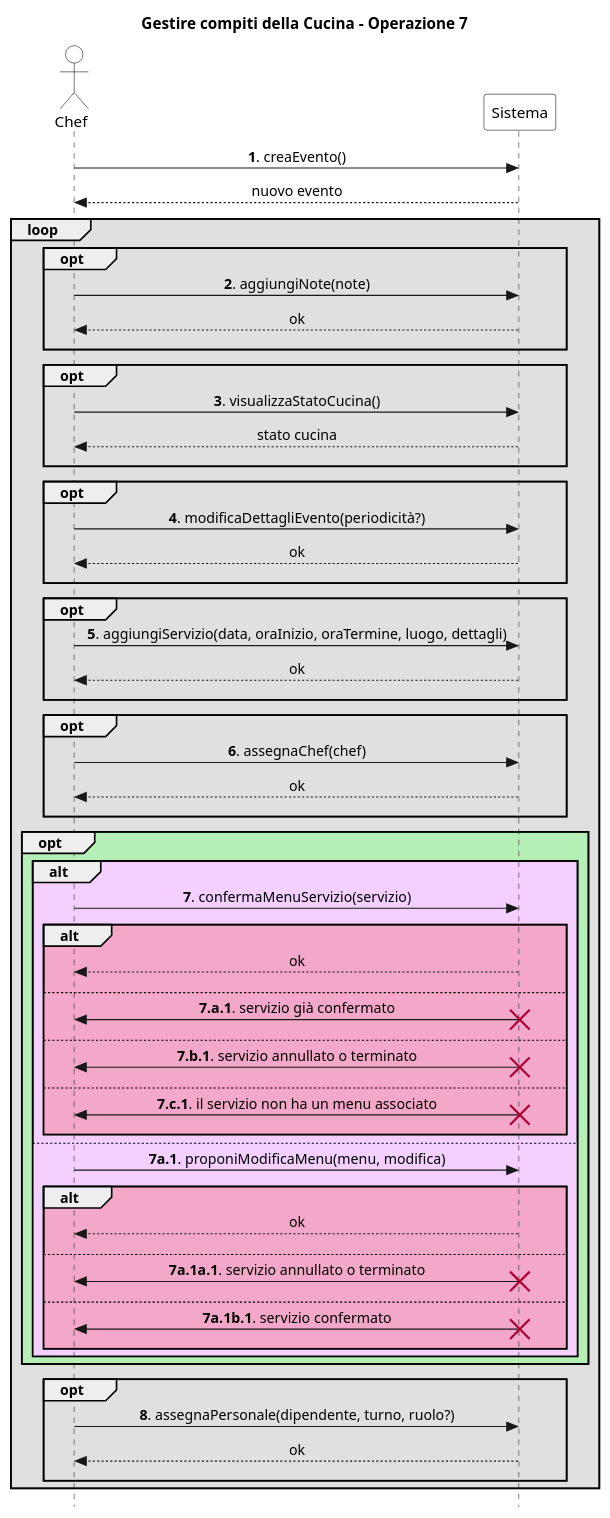
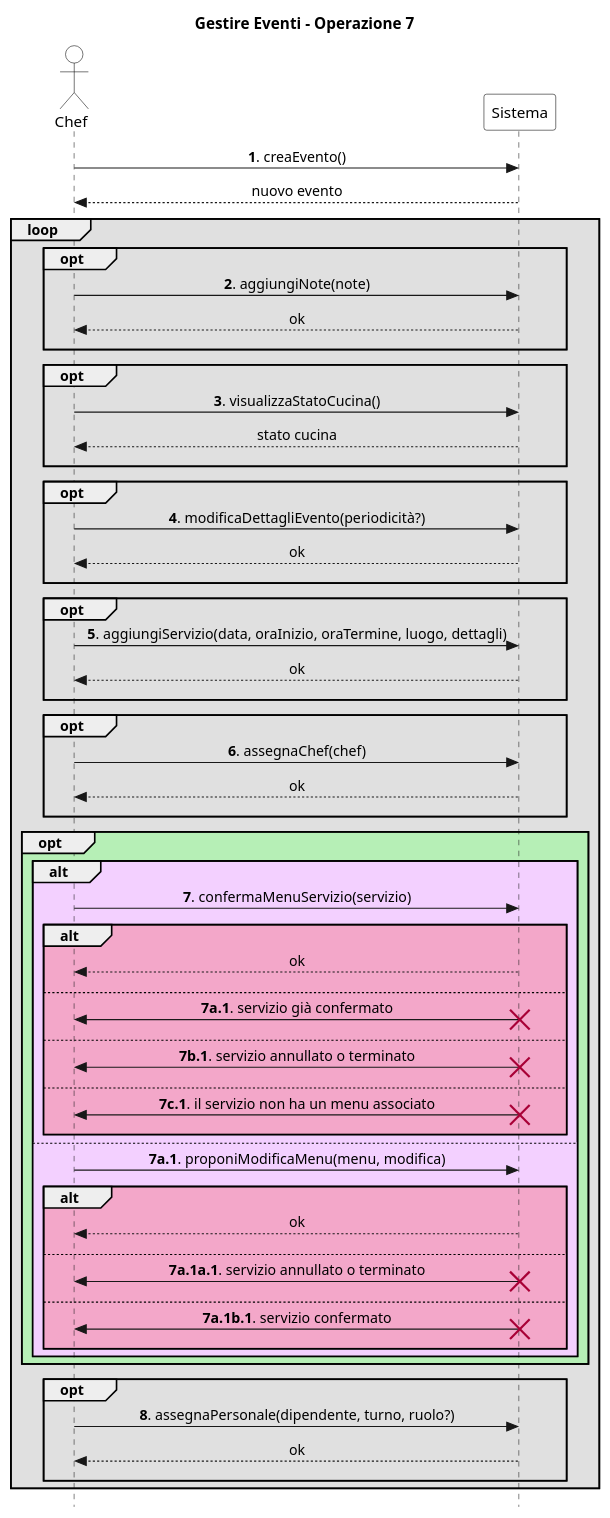
One commit to stefa168/sas-project changed the diagram in UP/Requisiti/UC Gestire Eventi/SSD/Estensioni-Eccezioni Op7.puml. Above: the diagram before and after it, drawn with PlantUML. The commit also changed 5 other files, not shown here.

```diff
--- a/UP/Requisiti/UC Gestire Eventi/SSD/Estensioni-Eccezioni Op7.puml
+++ b/UP/Requisiti/UC Gestire Eventi/SSD/Estensioni-Eccezioni Op7.puml
@@ -1,93 +1,93 @@
 @startuml
 skinparam Style strictuml
 skinparam SequenceMessageAlign center
 
 skinparam sequence {
     ActorBorderColor Black
     ActorBackgroundColor White
     ParticipantBorderColor Black
     ParticipantBackgroundColor White
 }
 
 actor Chef
 participant Sistema
 
-title Gestire compiti della Cucina - Operazione 7
+title Gestire Eventi - Operazione 7
 
 Chef -> Sistema: **1**. creaEvento()
 return nuovo evento
 
 loop #e0e0e0
     opt #e0e0e0
         Chef -> Sistema: **2**. aggiungiNote(note)
         return ok
         ||10||
     end
 
     opt #e0e0e0
         Chef -> Sistema: **3**. visualizzaStatoCucina()
         return stato cucina
         ||10||
     end
 
     opt #e0e0e0
         Chef -> Sistema: **4**. modificaDettagliEvento(periodicità?)
         return ok
         ||10||
     end
 
     opt #e0e0e0
         Chef -> Sistema: **5**. aggiungiServizio(data, oraInizio, oraTermine, luogo, dettagli)
         return ok
         ||10||
     end
 
     opt #e0e0e0
         Chef -> Sistema: **6**. assegnaChef(chef)
         return ok
         ||10||
     end
 
     opt #b6efb6
         alt #f3d0ff
             Chef -> Sistema: **7**. confermaMenuServizio(servizio)
             alt #f3a7c9
                 return ok
                 ||10||
             else
-                Chef <- Sistema: **7.a.1**. servizio già confermato
+                Chef <- Sistema: **7a.1**. servizio già confermato
                 destroy Sistema
                 ||10||
             else
-                Chef <- Sistema: **7.b.1**. servizio annullato o terminato
+                Chef <- Sistema: **7b.1**. servizio annullato o terminato
                 destroy Sistema
                 ||10||
             else
-                Chef <- Sistema: **7.c.1**. il servizio non ha un menu associato
+                Chef <- Sistema: **7c.1**. il servizio non ha un menu associato
                 destroy Sistema
                 ||10||
             end
         else
             Chef -> Sistema: **7a.1**. proponiModificaMenu(menu, modifica)
             alt #f3a7c9
                 return ok
                 ||10||
             else
                 Chef <- Sistema: **7a.1a.1**. servizio annullato o terminato
                 destroy Sistema
                 ||10||
             else
                 Chef <- Sistema: **7a.1b.1**. servizio confermato
                 destroy Sistema
                 ||10||
             end
         end
     end
 
     opt #e0e0e0
         Chef -> Sistema: **8**. assegnaPersonale(dipendente, turno, ruolo?)
         return ok
         ||10||
     end
 end
 @enduml
```
